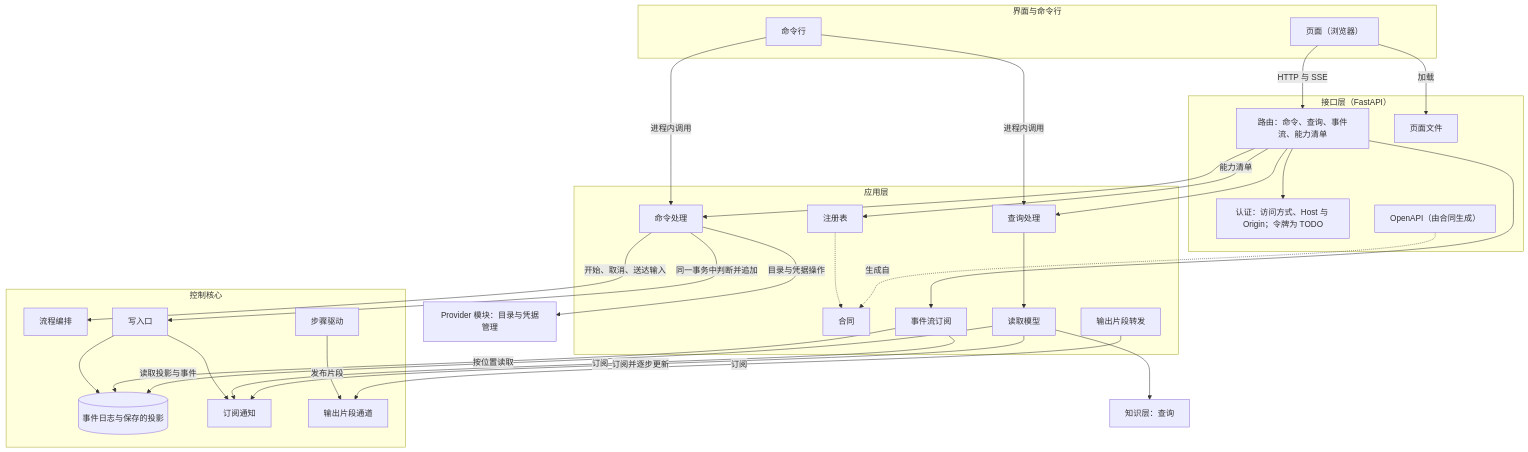
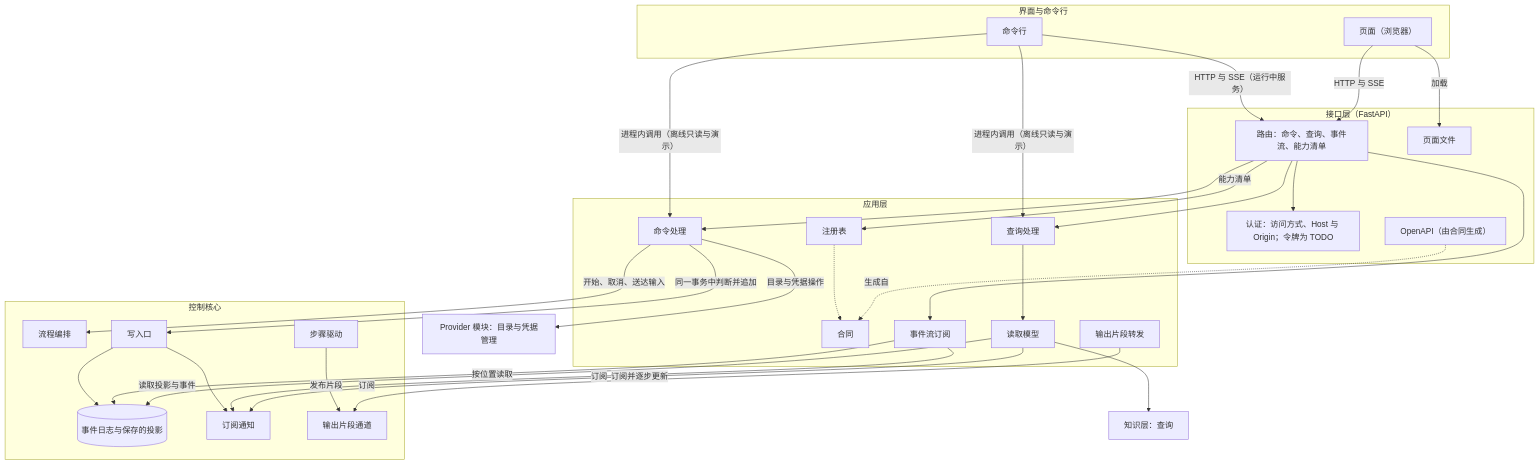
The first of 3 diagrams in docs/design/app-and-interface.md (bender2333/yudao), drawn with Mermaid before and after one commit. The commit also changed other lines of this file and 28 other files, not shown here.

````diff
--- a/docs/design/app-and-interface.md
+++ b/docs/design/app-and-interface.md
@@ -51,56 +51,57 @@
 ```mermaid
 flowchart TB
   subgraph UserL["界面与命令行"]
     Page["页面（浏览器）"]
     Cli["命令行"]
   end
   subgraph ApiL["接口层（FastAPI）"]
     Routes["路由：命令、查询、事件流、能力清单"]
     Auth["认证：访问方式、Host 与 Origin；令牌为 TODO"]
     Doc["OpenAPI（由合同生成）"]
     Files["页面文件"]
   end
   subgraph AppL["应用层"]
     Reg["注册表"]
     Contract["合同"]
     Cmd["命令处理"]
     Qry["查询处理"]
     RM["读取模型"]
     Sub["事件流订阅"]
     Live["输出片段转发"]
   end
   subgraph CoreL["控制核心"]
     Orch["流程编排"]
     Step["步骤驱动"]
     Write["写入口"]
     Log[("事件日志与保存的投影")]
     Notify["订阅通知"]
     Chan["输出片段通道"]
   end
   Know["知识层：查询"]
   ProvM["Provider 模块：目录与凭据管理"]
   Page -->|"加载"| Files
   Page -->|"HTTP 与 SSE"| Routes
-  Cli -->|"进程内调用"| Cmd
-  Cli -->|"进程内调用"| Qry
+  Cli -->|"HTTP 与 SSE（运行中服务）"| Routes
+  Cli -->|"进程内调用（离线只读与演示）"| Cmd
+  Cli -->|"进程内调用（离线只读与演示）"| Qry
   Routes --> Auth
   Routes --> Cmd
   Routes --> Qry
   Routes --> Sub
   Routes -->|"能力清单"| Reg
   Doc -.->|"生成自"| Contract
   Reg -.-> Contract
   Cmd -->|"同一事务中判断并追加"| Write
   Cmd -->|"开始、取消、送达输入"| Orch
   Cmd -->|"目录与凭据操作"| ProvM
   Qry --> RM
   RM -->|"读取投影与事件"| Log
   RM -->|"订阅并逐步更新"| Notify
   RM --> Know
   Sub -->|"按位置读取"| Log
   Sub -->|"订阅"| Notify
   Live -->|"订阅"| Chan
   Step -->|"发布片段"| Chan
   Write --> Log
   Write --> Notify
 ```
````
